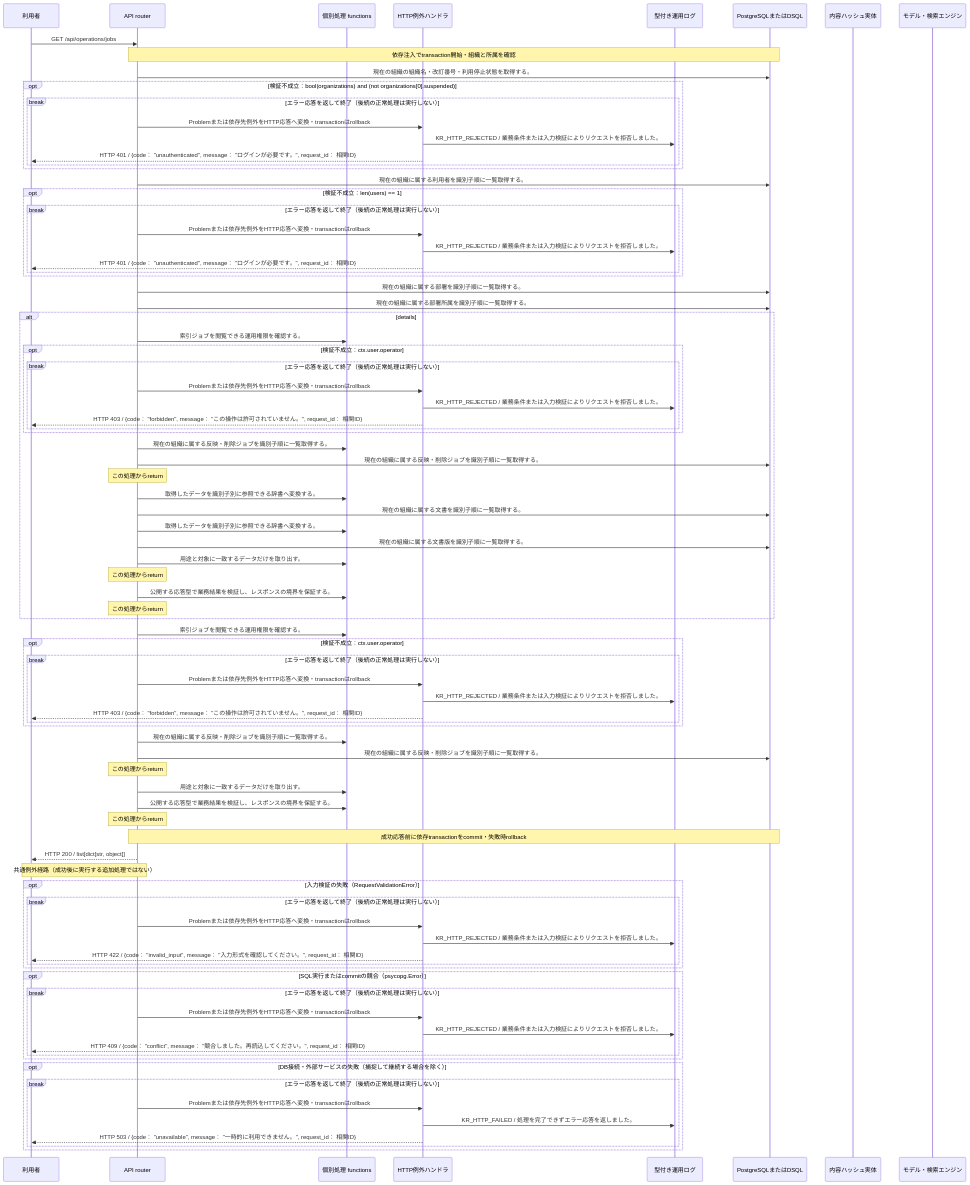
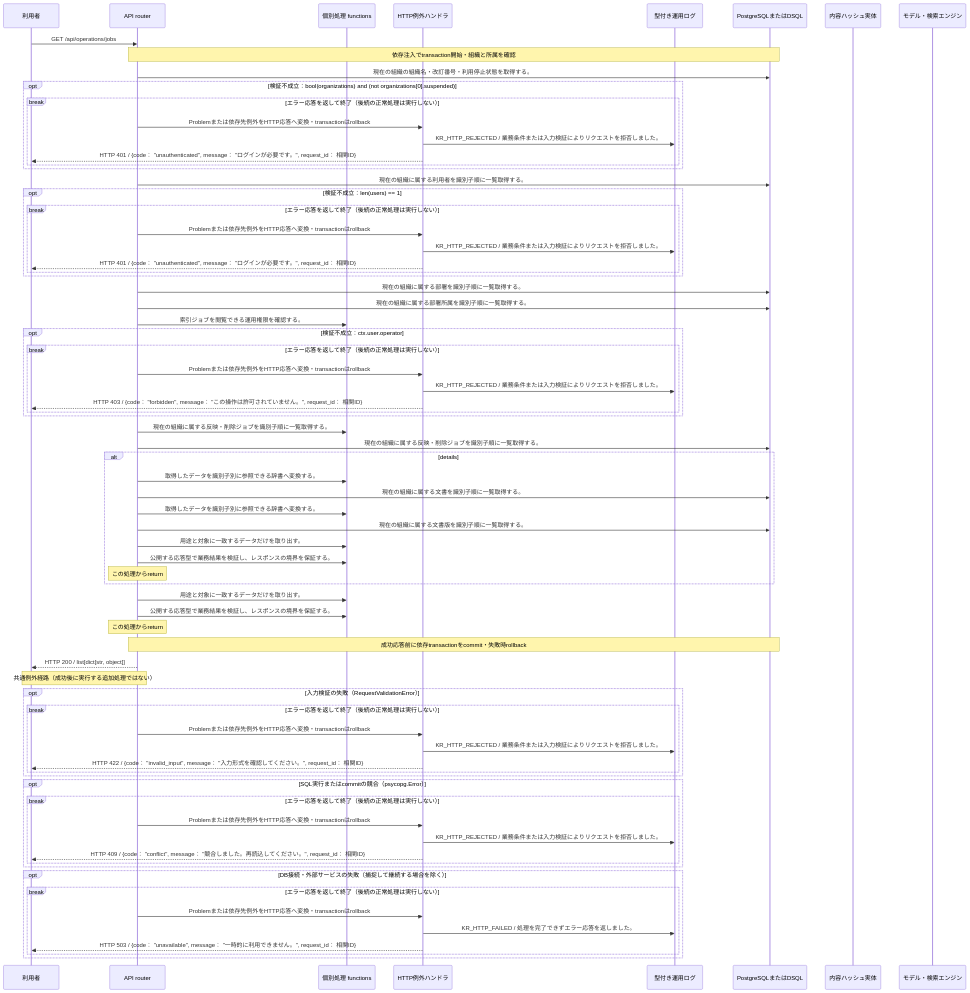
Before and after one commit to tsuji-tomonori/KotoRelay: the diagram in docs/design/generated/api/operations/list_jobs/sequence.md, drawn with Mermaid. The commit also changed other lines of this file and 231 other files, not shown here.

```diff
--- a/docs/design/generated/api/operations/list_jobs/sequence.md
+++ b/docs/design/generated/api/operations/list_jobs/sequence.md
@@ -34,7 +34,6 @@
     end
     A->>D: 現在の組織に属する部署を識別子順に一覧取得する。
     A->>D: 現在の組織に属する部署所属を識別子順に一覧取得する。
-    alt details
     A->>F: 索引ジョブを閲覧できる運用権限を確認する。
     opt 検証不成立：ctx.user.operator
     break エラー応答を返して終了（後続の正常処理は実行しない）
@@ -45,27 +44,15 @@
     end
     A->>F: 現在の組織に属する反映・削除ジョブを識別子順に一覧取得する。
     A->>D: 現在の組織に属する反映・削除ジョブを識別子順に一覧取得する。
-    Note over A: この処理からreturn
+    alt details
     A->>F: 取得したデータを識別子別に参照できる辞書へ変換する。
     A->>D: 現在の組織に属する文書を識別子順に一覧取得する。
     A->>F: 取得したデータを識別子別に参照できる辞書へ変換する。
     A->>D: 現在の組織に属する文書版を識別子順に一覧取得する。
     A->>F: 用途と対象に一致するデータだけを取り出す。
-    Note over A: この処理からreturn
     A->>F: 公開する応答型で業務結果を検証し、レスポンスの境界を保証する。
     Note over A: この処理からreturn
     end
-    A->>F: 索引ジョブを閲覧できる運用権限を確認する。
-    opt 検証不成立：ctx.user.operator
-    break エラー応答を返して終了（後続の正常処理は実行しない）
-    A->>E: Problemまたは依存先例外をHTTP応答へ変換・transactionはrollback
-    E->>L: KR_HTTP_REJECTED / 業務条件または入力検証によりリクエストを拒否しました。
-    E-->>U: HTTP 403 / {code： "forbidden", message： "この操作は許可されていません。", request_id： 相関ID}
-    end
-    end
-    A->>F: 現在の組織に属する反映・削除ジョブを識別子順に一覧取得する。
-    A->>D: 現在の組織に属する反映・削除ジョブを識別子順に一覧取得する。
-    Note over A: この処理からreturn
     A->>F: 用途と対象に一致するデータだけを取り出す。
     A->>F: 公開する応答型で業務結果を検証し、レスポンスの境界を保証する。
     Note over A: この処理からreturn
```
